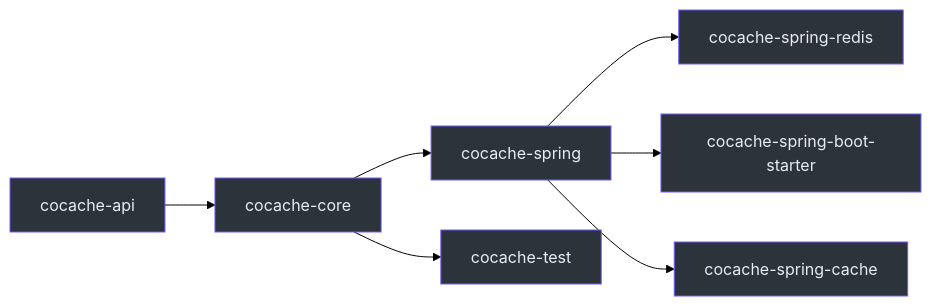
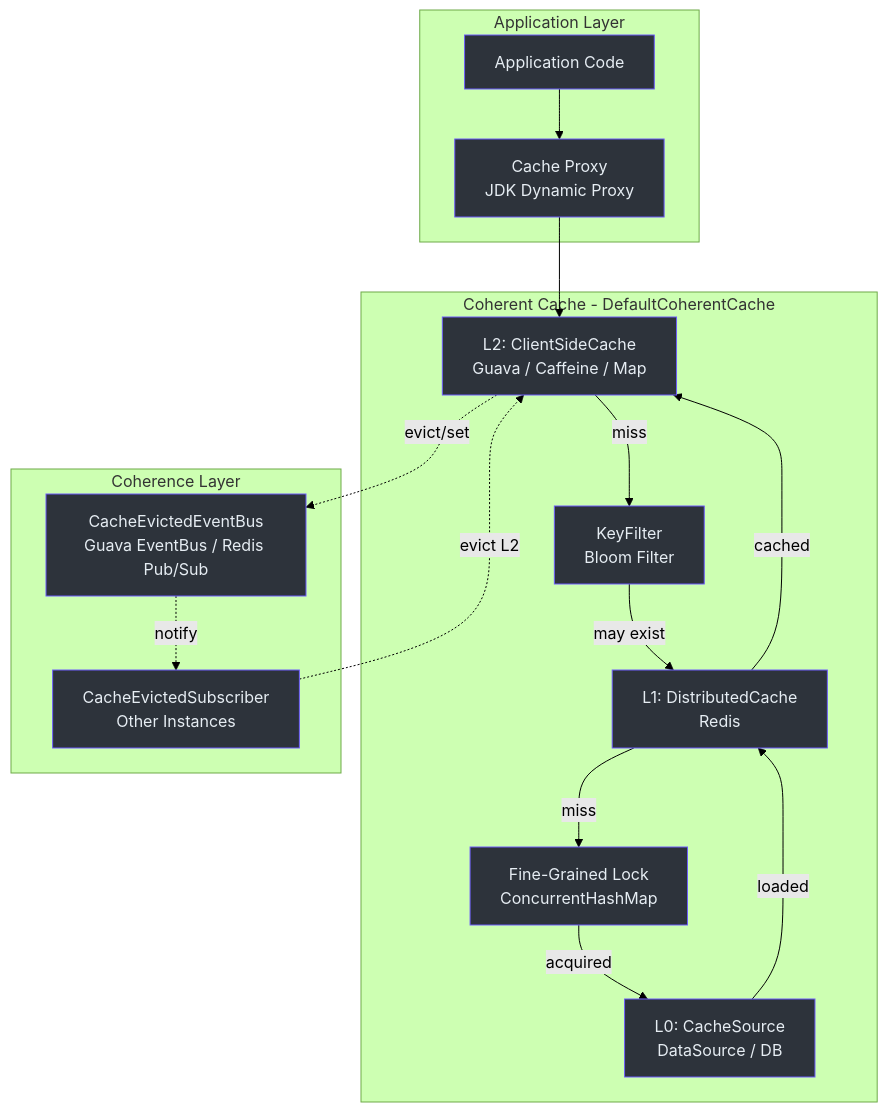
Before and after one commit to Ahoo-Wang/CoCache: the second of 3 diagrams in wiki/zh/architecture/index.md, drawn with Mermaid (forest theme). The commit also changed other lines of this file and 25 other files, not shown here.

````diff
--- a/wiki/zh/architecture/index.md
+++ b/wiki/zh/architecture/index.md
@@ -66,17 +60,47 @@
 ```mermaid
-graph LR
-    API["cocache-api"] --> Core["cocache-core"]
-    Core --> Spring["cocache-spring"]
-    Spring --> Redis["cocache-spring-redis"]
-    Spring --> Starter["cocache-spring-boot-starter"]
-    Spring --> Cache["cocache-spring-cache"]
-    Core --> Test["cocache-test"]
+graph TB
+    subgraph sg_11 ["Application Layer"]
 
-    style API fill:#2d333b,stroke:#6d5dfc,color:#e6edf3
-    style Core fill:#2d333b,stroke:#6d5dfc,color:#e6edf3
-    style Spring fill:#2d333b,stroke:#6d5dfc,color:#e6edf3
-    style Redis fill:#2d333b,stroke:#6d5dfc,color:#e6edf3
-    style Starter fill:#2d333b,stroke:#6d5dfc,color:#e6edf3
-    style Cache fill:#2d333b,stroke:#6d5dfc,color:#e6edf3
-    style Test fill:#2d333b,stroke:#6d5dfc,color:#e6edf3
+        App["Application Code"]
+        Proxy["Cache Proxy<br>JDK Dynamic Proxy"]
+    end
+
+    subgraph sg_12 ["Coherent Cache - DefaultCoherentCache"]
+
+        L2["L2: ClientSideCache<br>Guava / Caffeine / Map"]
+        KF["KeyFilter<br>Bloom Filter"]
+        L1["L1: DistributedCache<br>Redis"]
+        Lock["Fine-Grained Lock<br>ConcurrentHashMap"]
+        L0["L0: CacheSource<br>DataSource / DB"]
+    end
+
+    subgraph sg_13 ["Coherence Layer"]
+
+        EventBus["CacheEvictedEventBus<br>Guava EventBus / Redis Pub/Sub"]
+        Subscriber["CacheEvictedSubscriber<br>Other Instances"]
+    end
+
+    App --> Proxy
+    Proxy --> L2
+    L2 -->|miss| KF
+    KF -->|may exist| L1
+    L1 -->|miss| Lock
+    Lock -->|acquired| L0
+    L0 -->|loaded| L1
+    L1 -->|cached| L2
+
+    L2 -.->|evict/set| EventBus
+    EventBus -.->|notify| Subscriber
+    Subscriber -.->|evict L2| L2
+
+    style App fill:#2d333b,stroke:#6d5dfc,color:#e6edf3
+    style Proxy fill:#2d333b,stroke:#6d5dfc,color:#e6edf3
+    style L2 fill:#2d333b,stroke:#6d5dfc,color:#e6edf3
+    style KF fill:#2d333b,stroke:#6d5dfc,color:#e6edf3
+    style L1 fill:#2d333b,stroke:#6d5dfc,color:#e6edf3
+    style Lock fill:#2d333b,stroke:#6d5dfc,color:#e6edf3
+    style L0 fill:#2d333b,stroke:#6d5dfc,color:#e6edf3
+    style EventBus fill:#2d333b,stroke:#6d5dfc,color:#e6edf3
+    style Subscriber fill:#2d333b,stroke:#6d5dfc,color:#e6edf3
+
 ```
````
